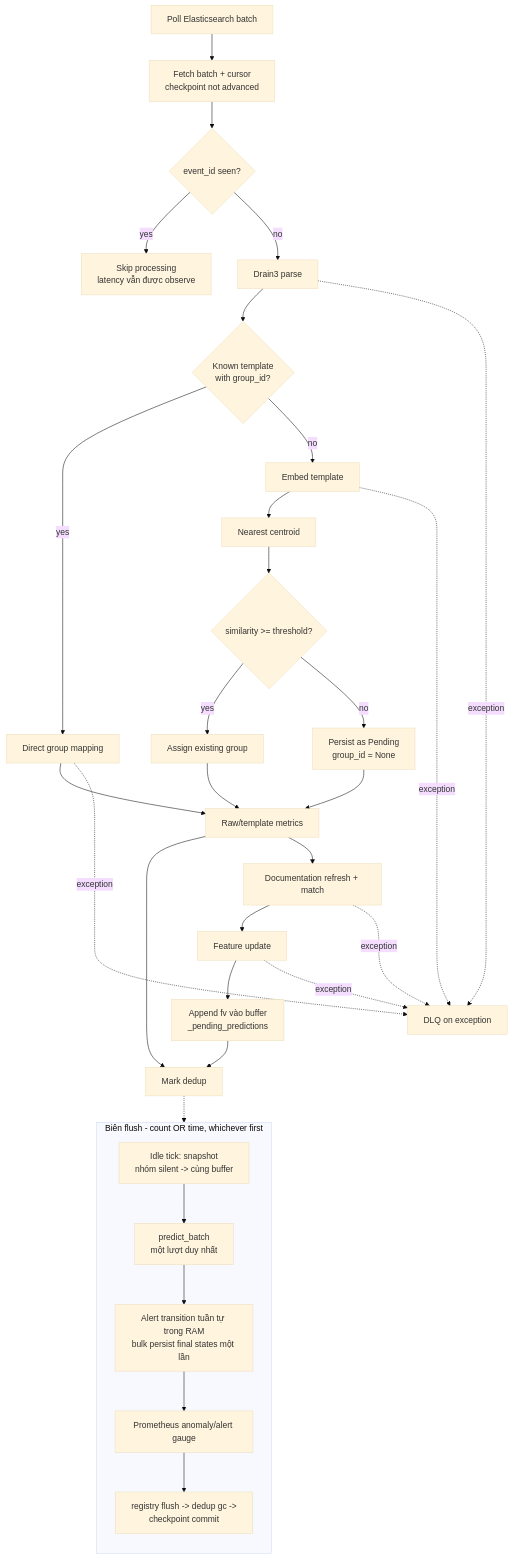
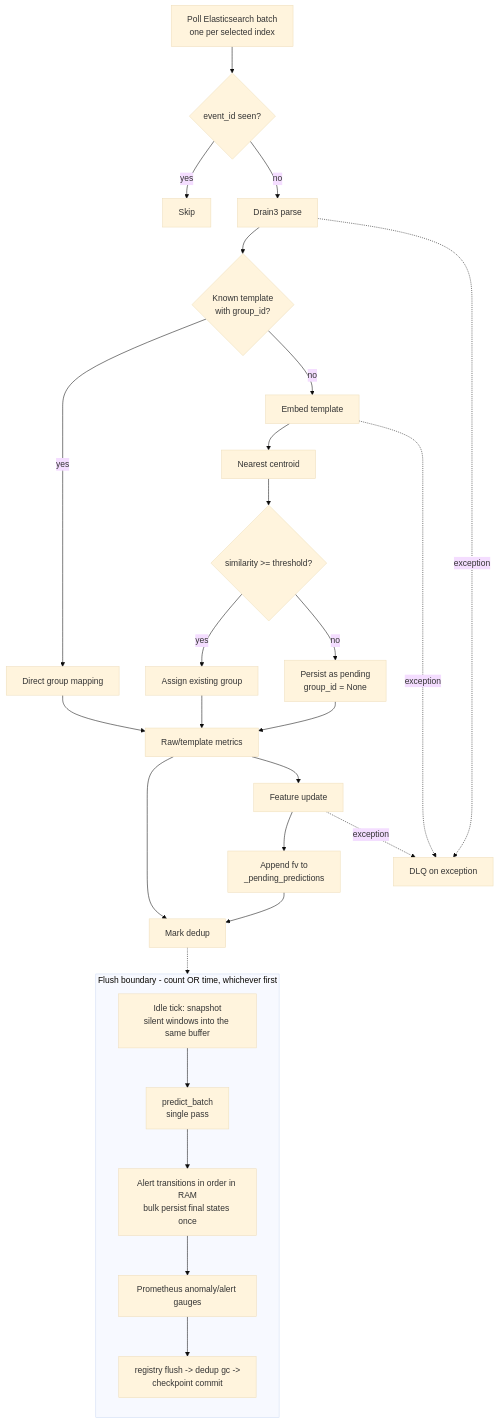
Before and after one commit to Cong123z/LogAi: the third of 4 diagrams in ARCHITECTURE.md, drawn with Mermaid (base theme). The commit also changed other lines of this file and 4 other files, not shown here.

Commit message:
Docs: rewrite ARCHITECTURE.md in English against current code, merge and drop ARCHITECTURE_GUIDE, fix stale WEB_UI/k8s docs

````diff
--- a/ARCHITECTURE.md
+++ b/ARCHITECTURE.md
@@ -480,46 +458,42 @@
 ```mermaid
 flowchart TD
-    A[Poll Elasticsearch batch]
-    B[Fetch batch + cursor<br/>checkpoint not advanced]
+    A[Poll Elasticsearch batch<br/>one per selected index]
     C{event_id seen?}
     D[Drain3 parse]
     E{Known template<br/>with group_id?}
     F[Direct group mapping]
     G[Embed template]
     H[Nearest centroid]
     I{similarity >= threshold?}
     J[Assign existing group]
-    K[Persist as Pending<br/>group_id = None]
+    K[Persist as pending<br/>group_id = None]
     L[Raw/template metrics]
-    M[Documentation refresh + match]
     N[Feature update]
-    U[Append fv vào buffer<br/>_pending_predictions]
+    U[Append fv to<br/>_pending_predictions]
     R[Mark dedup]
     S[DLQ on exception]
-    T[Skip processing<br/>latency vẫn được observe]
+    T[Skip]
 
-    A --> B --> C
+    A --> C
     C -->|yes| T
     C -->|no| D --> E
     E -->|yes| F --> L
     E -->|no| G --> H --> I
     I -->|yes| J --> L
     I -->|no| K --> L --> R
-    L --> M --> N --> U --> R
+    L --> N --> U --> R
     D -. exception .-> S
-    F -. exception .-> S
     G -. exception .-> S
-    M -. exception .-> S
     N -. exception .-> S
 
     R -.-> FL
-    subgraph FL[Biên flush - count OR time, whichever first]
+    subgraph FL[Flush boundary - count OR time, whichever first]
       direction TB
-      V[Idle tick: snapshot<br/>nhóm silent -> cùng buffer]
-      W[predict_batch<br/>một lượt duy nhất]
-      X[Alert transition tuần tự trong RAM<br/>bulk persist final states một lần]
-      Y[Prometheus anomaly/alert gauge]
+      V[Idle tick: snapshot<br/>silent windows into the same buffer]
+      W[predict_batch<br/>single pass]
+      X[Alert transitions in order in RAM<br/>bulk persist final states once]
+      Y[Prometheus anomaly/alert gauges]
       Z[registry flush -> dedup gc -><br/>checkpoint commit]
       V --> W --> X --> Y --> Z
     end
 ```
````
